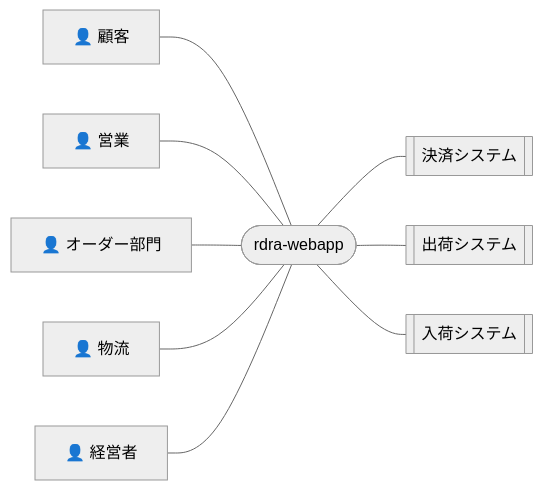
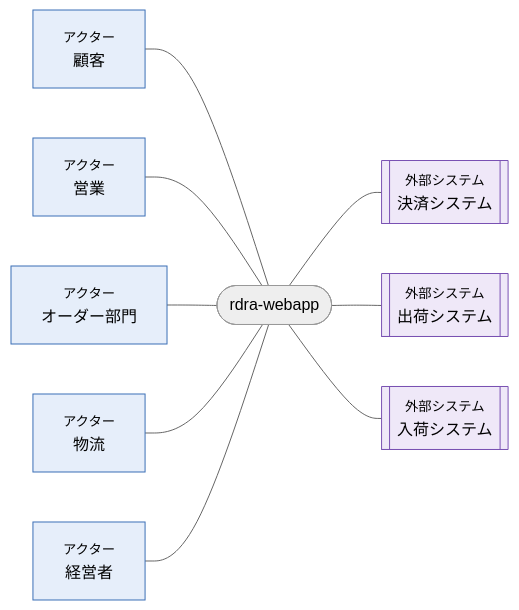
The first of 37 diagrams in docs/rdra/diagrams.md (Nke0628/rdra-webapp), drawn with Mermaid (neutral theme) before and after one commit. The commit also changed other lines of this file and 2 other files, not shown here.

Commit message:
rdra: アクターと外部システムの図を UC 複合図と同じ形・色に

````diff
--- a/docs/rdra/diagrams.md
+++ b/docs/rdra/diagrams.md
@@ -7,13 +7,17 @@
 ```mermaid
 flowchart LR
   sys(["rdra-webapp"])
-  a1["👤 顧客"] --- sys
-  a2["👤 営業"] --- sys
-  a3["👤 オーダー部門"] --- sys
-  a4["👤 物流"] --- sys
-  a5["👤 経営者"] --- sys
-  sys --- e6[["決済システム"]]
-  sys --- e7[["出荷システム"]]
-  sys --- e8[["入荷システム"]]
+  a1["<small>アクター</small><br/>顧客"] --- sys
+  a2["<small>アクター</small><br/>営業"] --- sys
+  a3["<small>アクター</small><br/>オーダー部門"] --- sys
+  a4["<small>アクター</small><br/>物流"] --- sys
+  a5["<small>アクター</small><br/>経営者"] --- sys
+  sys --- e6[["<small>外部システム</small><br/>決済システム"]]
+  sys --- e7[["<small>外部システム</small><br/>出荷システム"]]
+  sys --- e8[["<small>外部システム</small><br/>入荷システム"]]
+  classDef kActor fill:#e6eefa,stroke:#3b6fb6
+  classDef kExt fill:#efe8f8,stroke:#7a52b3
+  class a1,a2,a3,a4,a5 kActor
+  class e6,e7,e8 kExt
   classDef hyp stroke-dasharray:5 5,stroke:#d97706,color:#92400e
 ```
````
